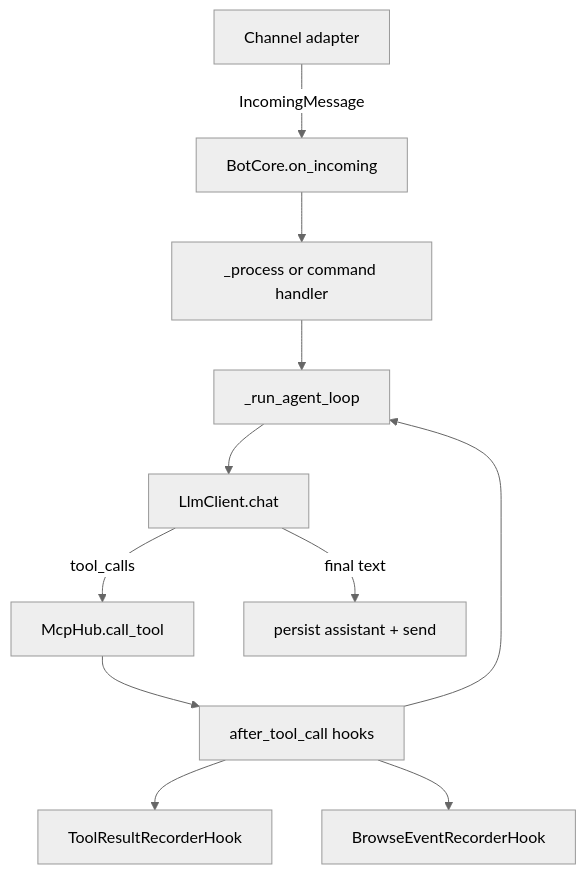
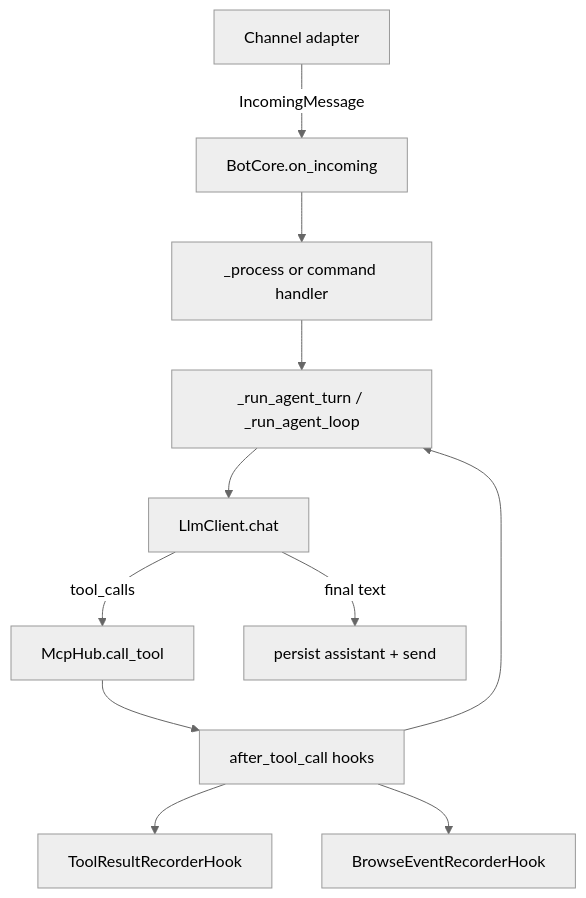
One commit to peara/nanobot changed the second of 2 diagrams in ARCHITECTURE.md. Above: the diagram before and after it, drawn with Mermaid (neutral theme). The commit also changed other lines of this file and 4 other files, not shown here.

Commit message:
docs: updated ARCHITECTURE and ROADMAP

````diff
--- a/ARCHITECTURE.md
+++ b/ARCHITECTURE.md
@@ -7,13 +106,13 @@
 ```mermaid
 flowchart TD
     A[Channel adapter] -->|IncomingMessage| B[BotCore.on_incoming]
     B --> C[_process or command handler]
-    C --> D[_run_agent_loop]
+    C --> D[_run_agent_turn / _run_agent_loop]
     D --> E[LlmClient.chat]
     E -->|tool_calls| F[McpHub.call_tool]
     F --> G[after_tool_call hooks]
     G --> G1[ToolResultRecorderHook]
     G --> G2[BrowseEventRecorderHook]
     G --> D
     E -->|final text| H[persist assistant + send]
 ```
````
